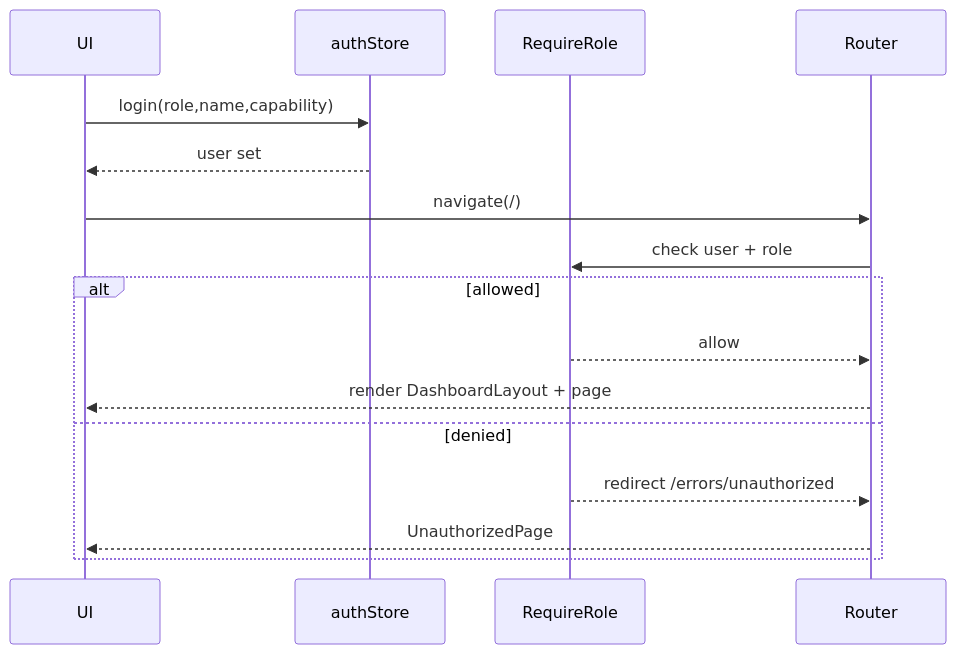
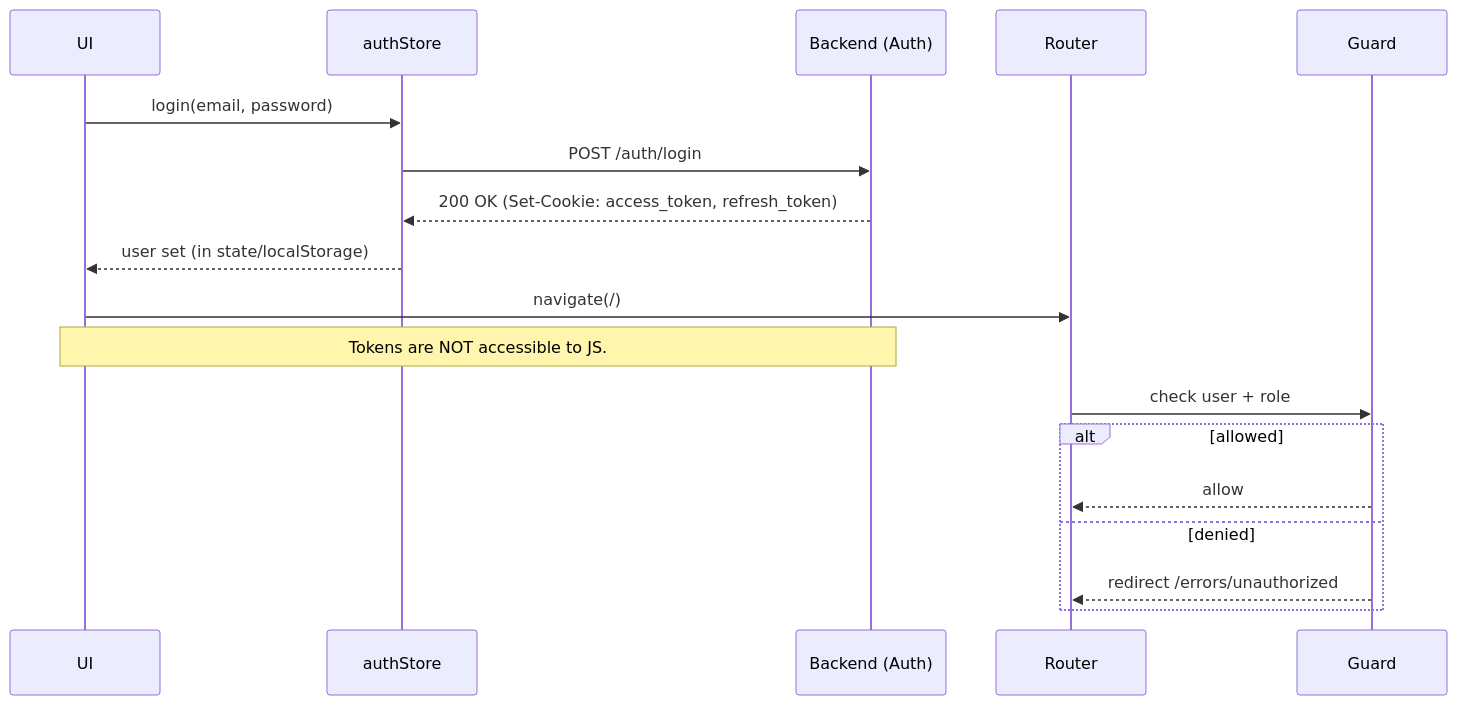
Before and after one commit to Bravos-hub/evzone-hub: the first of 2 diagrams in README.md, drawn with Mermaid. The commit also changed other lines of this file and 12 other files, not shown here.

````diff
--- a/README.md
+++ b/README.md
@@ -72,19 +75,22 @@
 ```mermaid
 sequenceDiagram
   participant UI as UI
   participant Auth as authStore
-  participant Guard as RequireRole
+  participant API as Backend (Auth)
   participant Router as Router
 
-  UI->>Auth: login(role,name,capability)
-  Auth-->>UI: user set
+  UI->>Auth: login(email, password)
+  Auth->>API: POST /auth/login
+  API-->>Auth: 200 OK (Set-Cookie: access_token, refresh_token)
+  Auth-->>UI: user set (in state/localStorage)
   UI->>Router: navigate(/)
+  
+  Note over UI, API: Tokens are NOT accessible to JS.
+  
   Router->>Guard: check user + role
   alt allowed
     Guard-->>Router: allow
-    Router-->>UI: render DashboardLayout + page
   else denied
     Guard-->>Router: redirect /errors/unauthorized
-    Router-->>UI: UnauthorizedPage
   end
 ```
````
